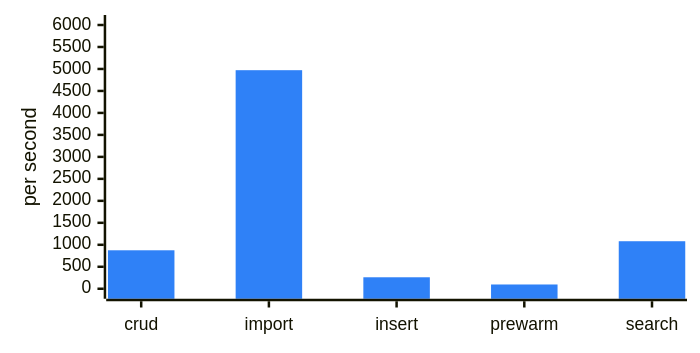
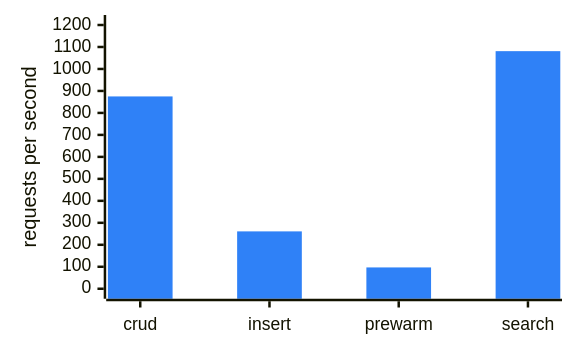
One commit to HeliosSoftware/hfs changed the second of 4 diagrams in .github/tmp-summary-test/sidebyside/leg-mongodb-elasticsearch.md. Above: the diagram before and after it, drawn with Mermaid. The commit also changed other lines of this file and 16 other files, not shown here.

Commit message:
ci: Bulk Import row, shorter labels, per-leg charts side by side

````diff
--- a/.github/tmp-summary-test/sidebyside/leg-mongodb-elasticsearch.md
+++ b/.github/tmp-summary-test/sidebyside/leg-mongodb-elasticsearch.md
@@ -153,7 +158,7 @@
 ```mermaid
-%%{init: {"xyChart": {"width": 540, "height": 260, "useMaxWidth": false}, "themeVariables": {"xyChart": {"plotColorPalette": "#2f81f7", "backgroundColor": "transparent"}}}}%%
+%%{init: {"xyChart": {"width": 440, "height": 260, "useMaxWidth": false}, "themeVariables": {"xyChart": {"plotColorPalette": "#2f81f7", "backgroundColor": "transparent"}}}}%%
 xychart-beta
-    x-axis ["crud", "import", "insert", "prewarm", "search"]
-    y-axis "per second" 0 --> 6000
-    bar [875, 4972, 261, 97, 1081]
+    x-axis ["crud", "insert", "prewarm", "search"]
+    y-axis "requests per second" 0 --> 1200
+    bar [875, 261, 97, 1081]
 ```
````
